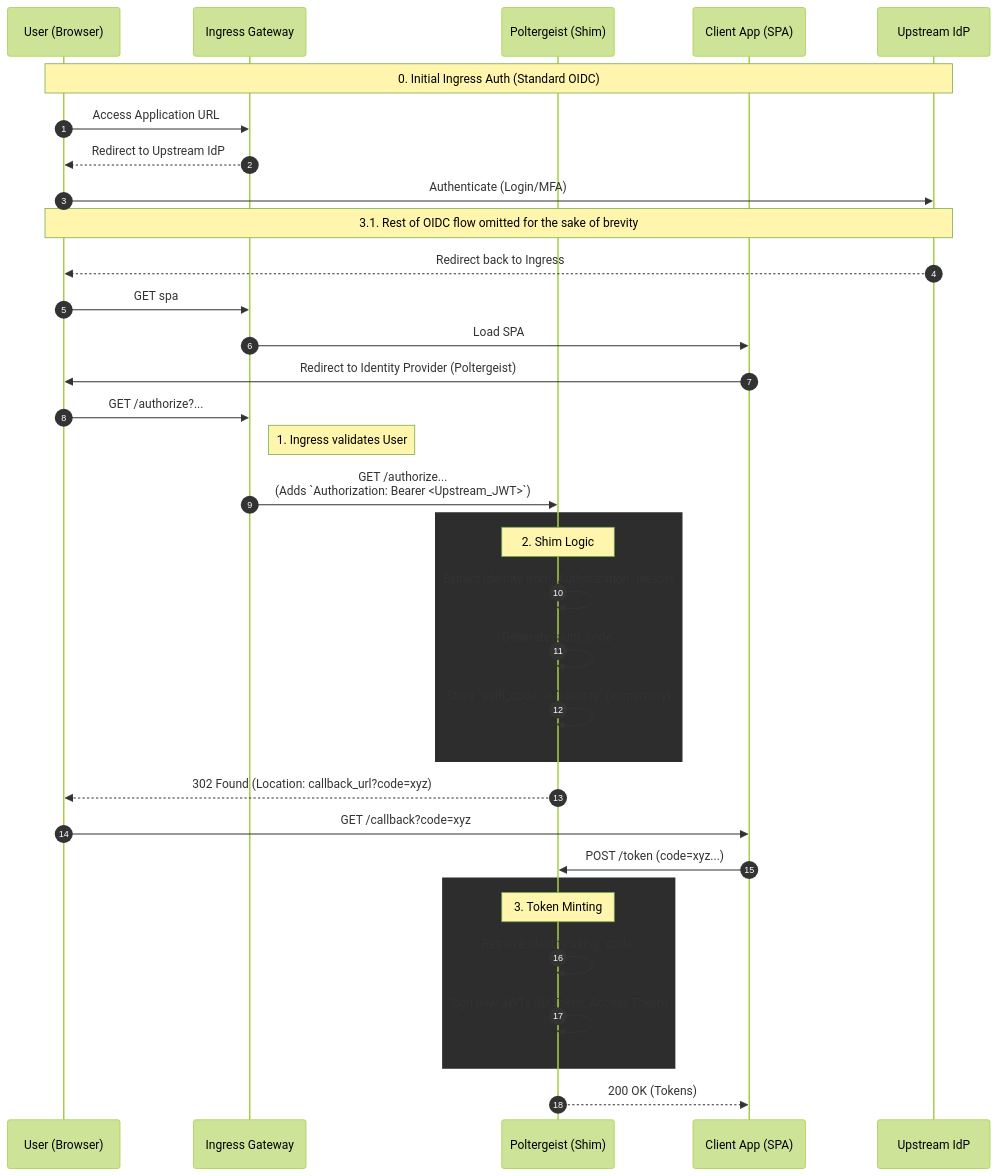
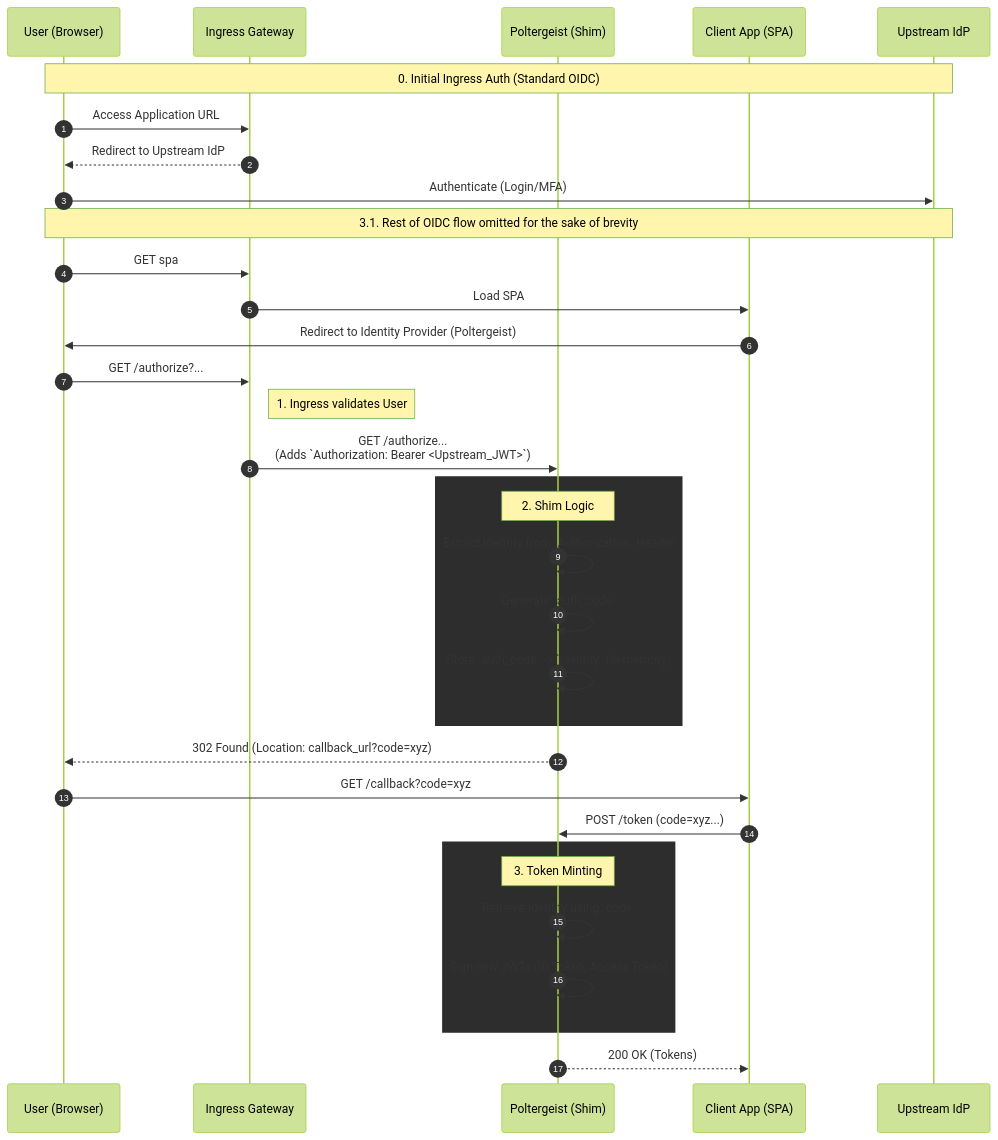
One commit to calamity-m/poltergeist changed the diagram in README.md. Above: the diagram before and after it, drawn with Mermaid (forest theme).

Commit message:
fix: number notes correctly

````diff
--- a/README.md
+++ b/README.md
@@ -15,44 +15,43 @@
 ```mermaid
 sequenceDiagram
     autonumber
     participant User as User (Browser)
     participant Ingress as Ingress Gateway
     participant Poltergeist as Poltergeist (Shim)
     participant Client as Client App (SPA)
     participant Upstream as Upstream IdP
 
     Note over User, Upstream: 0. Initial Ingress Auth (Standard OIDC)
     User->>Ingress: Access Application URL
     Ingress-->>User: Redirect to Upstream IdP
     User->>Upstream: Authenticate (Login/MFA)
     Note over User, Upstream: 3.1. Rest of OIDC flow omitted for the sake of brevity
-    Upstream-->>User: Redirect back to Ingress
     
     User->>Ingress: GET spa
     Ingress->>Client: Load SPA
     Client->>User: Redirect to Identity Provider (Poltergeist)
     
     User->>Ingress: GET /authorize?...
     Note right of Ingress: 1. Ingress validates User
     Ingress->>Poltergeist: GET /authorize... <br/>(Adds `Authorization: Bearer <Upstream_JWT>`)
     
     rect rgb(45, 45, 45)
     Note over Poltergeist: 2. Shim Logic
     Poltergeist->>Poltergeist: Extract Identity from `Authorization` Header
     Poltergeist->>Poltergeist: Generate `auth_code`
     Poltergeist->>Poltergeist: Store `auth_code` -> `Identity` (in-memory)
     end
     
     Poltergeist-->>User: 302 Found (Location: callback_url?code=xyz)
     
     User->>Client: GET /callback?code=xyz
     Client->>Poltergeist: POST /token (code=xyz...)
     
     rect rgb(45, 45, 45)
     Note over Poltergeist: 3. Token Minting
     Poltergeist->>Poltergeist: Retrieve Identity using `code`
     Poltergeist->>Poltergeist: Sign new JWTs (ID Token, Access Token)
     end
     
     Poltergeist-->>Client: 200 OK (Tokens)
 ```
````
